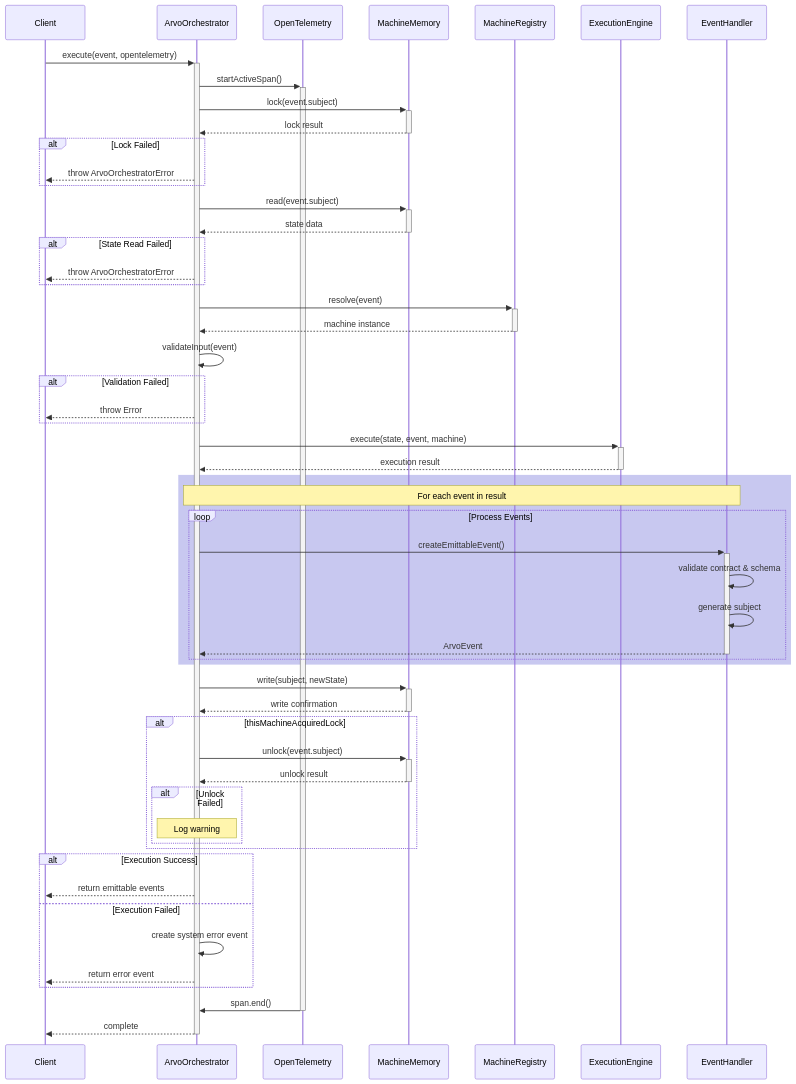
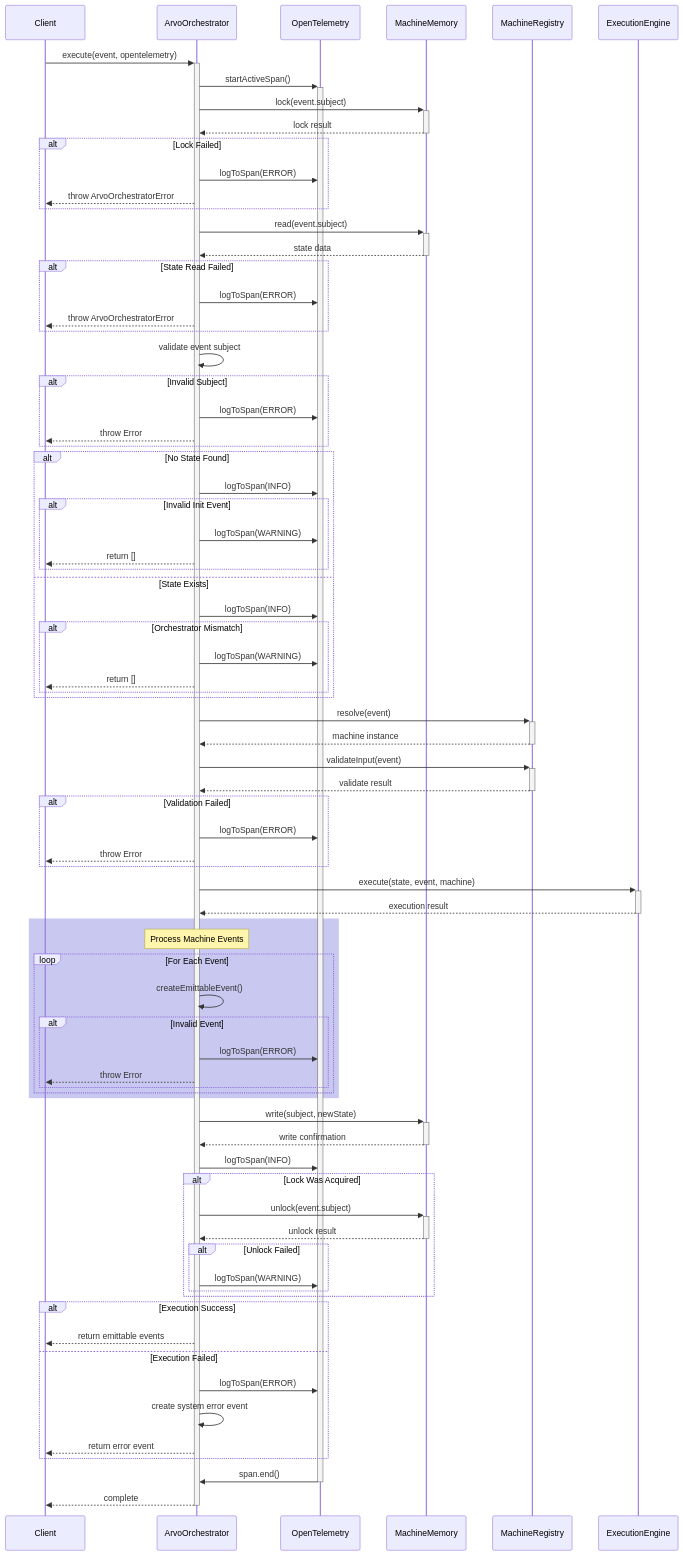
One commit to SaadAhmad123/arvo-xstate changed the second of 2 diagrams in src/ArvoOrchestrator/ExecutionDiagrams.md. Above: the diagram before and after it, drawn with Mermaid. The commit also changed other lines of this file and 96 other files, not shown here.

```diff
--- a/src/ArvoOrchestrator/ExecutionDiagrams.md
+++ b/src/ArvoOrchestrator/ExecutionDiagrams.md
@@ -104,58 +117,93 @@
     participant M as MachineMemory
     participant R as MachineRegistry
     participant E as ExecutionEngine
-    participant EH as EventHandler
 
     C->>+O: execute(event, opentelemetry)
     O->>+OT: startActiveSpan()
-
+    
+    %% Lock and State Management
     O->>+M: lock(event.subject)
     M-->>-O: lock result
     alt Lock Failed
+        O->>OT: logToSpan(ERROR)
         O-->>C: throw ArvoOrchestratorError
     end
 
     O->>+M: read(event.subject)
     M-->>-O: state data
     alt State Read Failed
+        O->>OT: logToSpan(ERROR)
         O-->>C: throw ArvoOrchestratorError
     end
 
+    %% State Validation
+    O->>O: validate event subject
+    alt Invalid Subject
+        O->>OT: logToSpan(ERROR)
+        O-->>C: throw Error
+    end
+
+    %% State Initialization Check
+    alt No State Found
+        O->>OT: logToSpan(INFO)
+        alt Invalid Init Event
+            O->>OT: logToSpan(WARNING)
+            O-->>C: return []
+        end
+    else State Exists
+        O->>OT: logToSpan(INFO)
+        alt Orchestrator Mismatch
+            O->>OT: logToSpan(WARNING)
+            O-->>C: return []
+        end
+    end
+
+    %% Machine Resolution and Execution
     O->>+R: resolve(event)
     R-->>-O: machine instance
 
-    O->>O: validateInput(event)
+    O->>+R: validateInput(event)
+    R-->>-O: validate result
+    
     alt Validation Failed
+        O->>OT: logToSpan(ERROR)
         O-->>C: throw Error
     end
 
     O->>+E: execute(state, event, machine)
     E-->>-O: execution result
 
+    %% Event Processing
     rect rgb(200, 200, 240)
-        Note over O,EH: For each event in result
-        loop Process Events
-            O->>+EH: createEmittableEvent()
-            EH->>EH: validate contract & schema
-            EH->>EH: generate subject
-            EH-->>-O: ArvoEvent
+        Note over O: Process Machine Events
+        loop For Each Event
+            O->>O: createEmittableEvent()
+            alt Invalid Event
+                O->>OT: logToSpan(ERROR)
+                O-->>C: throw Error
+            end
         end
     end
 
+    %% State Persistence
     O->>+M: write(subject, newState)
     M-->>-O: write confirmation
+    O->>OT: logToSpan(INFO)
 
-    alt thisMachineAcquiredLock
+    %% Cleanup
+    alt Lock Was Acquired
         O->>+M: unlock(event.subject)
         M-->>-O: unlock result
         alt Unlock Failed
-            Note over O: Log warning
+            O->>OT: logToSpan(WARNING)
         end
     end
 
+    %% Response
     alt Execution Success
         O-->>C: return emittable events
     else Execution Failed
+        O->>OT: logToSpan(ERROR)
         O->>O: create system error event
         O-->>C: return error event
     end
```
